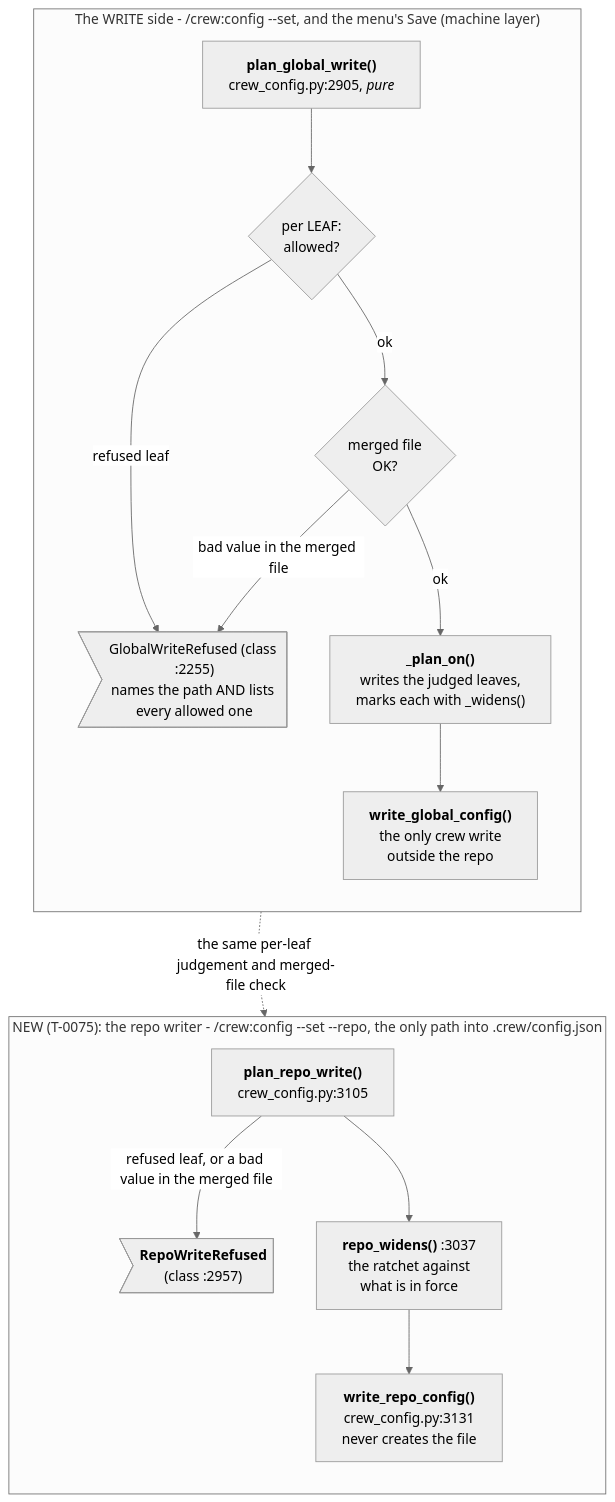
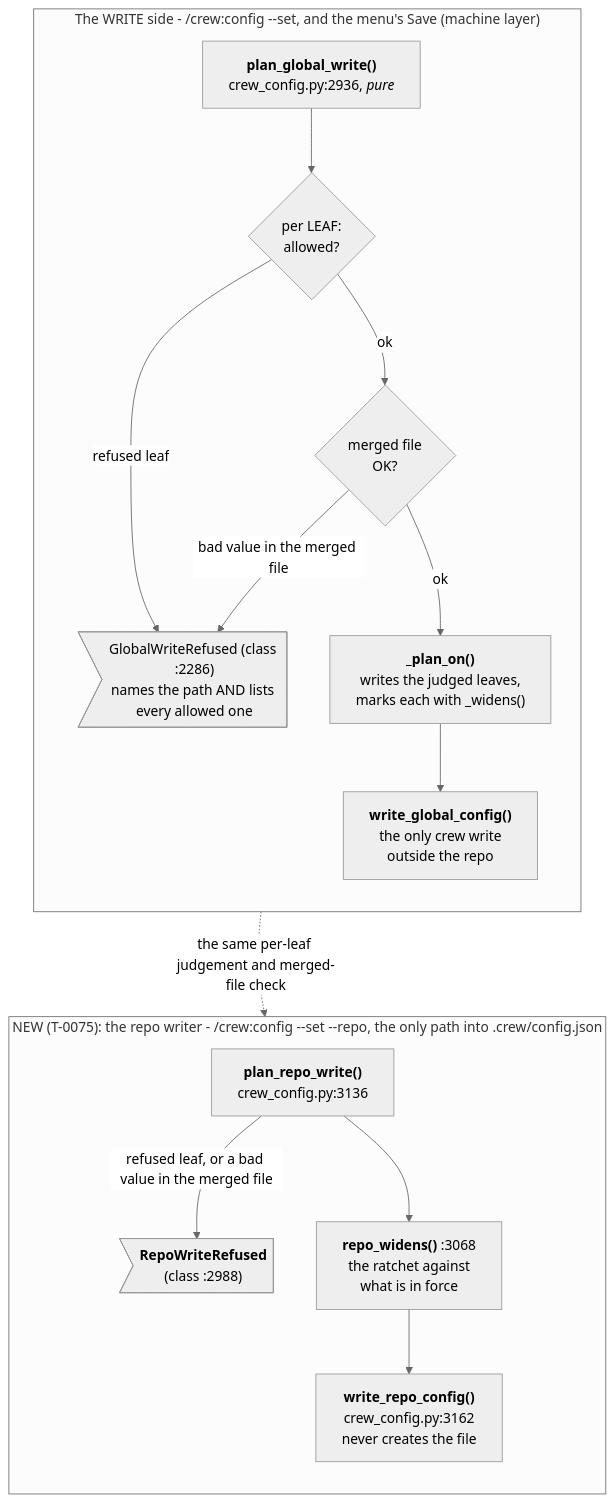
The diagram in docs/diagrams/data-flow-crew-config-write.mmd (mbadali25/useful-claude-add-ons), drawn with Mermaid (neutral theme) before and after one commit. The commit also changed 9 other files, not shown here.

First line of the commit message:
T-0066: re-point config diagram cites, CONFIG.md measured counts 73/131/58, since-claims to 1.0.330

```diff
--- a/docs/diagrams/data-flow-crew-config-write.mmd
+++ b/docs/diagrams/data-flow-crew-config-write.mmd
@@ -1,63 +1,65 @@
 %% Generated from useful-claude-add-ons@452b30cc on 2026-10-02. Verify before trusting.
 %% Anchors: plugin/crew/hooks/scripts/crew_config.py
 %% Purpose: The two writers behind /crew:config --set: the machine-file planner and the repo-file planner, the per-leaf and merged-file checks both share, and where each refuses.
 %% Split from data-flow-crew-config.mmd (the overview); edges to other parts are drawn there.
-%% Note PLAN: plan_global_write() plugin/crew/hooks/scripts/crew_config.py:2922 <i>pure</i>; on
-%%    global_snapshot() :2856, which REFUSES an unparsable or non-object machine file instead of merging onto
+%% Re-pointed for T-0066 (crew 1.0.330, merging origin/main c9263465): every crew_config.py line cite re-read with
+%%    grep -n; the `git` block in both default functions moved everything below :245.
+%% Note PLAN: plan_global_write() plugin/crew/hooks/scripts/crew_config.py:2936 <i>pure</i>; on
+%%    global_snapshot() :2887, which REFUSES an unparsable or non-object machine file instead of merging onto
 %%    {} (absent = ABSENT)
-%% Note ISG: per LEAF: leaf_updates() :2643, value_allowed() :2759 MACHINE_REFUSED :2679 (consent keys, inside
-%%    a whole-block value too), is_global_path() :717, a block emptied or replaced, null_means() :2716 (an
-%%    enum key's null refused), enum_values() :2625; round 5: a path under a leaf or an object at a leaf
-%%    :2766-2776
-%% Note MERGED: merged_problems() :2818 - the FILE the write produces, every known leaf by _content_problem()
-%%    :2791: an enum value outside its values, a consent key (machine), an armed veto key (repo), a key under
-%%    or an object at a leaf :2804-2807 refuses an unrelated write (pre-existing), then validate_providers()
-%%    :178 on the merged file (qa.order a list, qa/dev.roles and each pin an object or null :206-237)
-%% Note WIDEN: _plan_on() :2872 writes assignments() :2662 - the judged leaves (a block's siblings survive;
+%% Note ISG: per LEAF: leaf_updates() :2674, value_allowed() :2790 MACHINE_REFUSED :2710 (consent keys, inside
+%%    a whole-block value too), is_global_path() :748, a block emptied or replaced, null_means() :2747 (an
+%%    enum key's null refused), enum_values() :2656; round 5: a path under a leaf or an object at a leaf
+%%    :2798-2807
+%% Note MERGED: merged_problems() :2849 - the FILE the write produces, every known leaf by _content_problem()
+%%    :2822: an enum value outside its values, a consent key (machine), an armed veto key (repo), a key under
+%%    or an object at a leaf :2835-2838 refuses an unrelated write (pre-existing), then validate_providers()
+%%    :179 on the merged file (qa.order a list, qa/dev.roles and each pin an object or null :208-241)
+%% Note WIDEN: _plan_on() :2903 writes assignments() :2693 - the judged leaves (a block's siblings survive;
 %%    one whole pin per role) - marking each leaf with _widens()
-%%    plugin/crew/hooks/scripts/crew_config.py:2343. RANK, not equality.
-%% Note WRITE: write_global_config() plugin/crew/hooks/scripts/crew_config.py:2941 the only function in crew
+%%    plugin/crew/hooks/scripts/crew_config.py:2357. RANK, not equality.
+%% Note WRITE: write_global_config() plugin/crew/hooks/scripts/crew_config.py:2955 the only function in crew
 %%    that writes outside the repo. Re-plans on the bytes read under the lock; --expect DIGEST|absent refuses
-%%    a changed file (GlobalWriteConflict :2259); any other OSError (directory, lock, write) is
-%%    GlobalWriteRefused :2947, exit 2
-%% Note RPLAN: plan_repo_write() plugin/crew/hooks/scripts/crew_config.py:3122 on repo_snapshot() :3093
-%%    (refuses a missing or malformed file rather than creating one) and machine_view() :3124 (the machine
+%%    a changed file (GlobalWriteConflict :2290); any other OSError (directory, lock, write) is
+%%    GlobalWriteRefused :2979, exit 2
+%% Note RPLAN: plan_repo_write() plugin/crew/hooks/scripts/crew_config.py:3136 on repo_snapshot() :3124
+%%    (refuses a missing or malformed file rather than creating one) and machine_view() :3155 (the machine
 %%    file and its digest, one read)
-%% Note RREF: RepoWriteRefused (class :2957) REPO_REFUSED :2972 - platform, schema, scope.mode,
+%% Note RREF: RepoWriteRefused (class :2988) REPO_REFUSED :3003 - platform, schema, scope.mode,
 %%    scope.allowCliApproval, the machine-only autoClear paths; a block emptied or replaced is refused
-%%    (is_repo_path :3029); REPO_VETO_ONLY :2993 takes only false / null (by identity, is_repo_veto :2996)
-%% Note RWIDEN: repo_widens() :3037 - the ratchet against what is in force, plus _REPO_WIDENING :3006; a repo
+%%    (is_repo_path :3060); REPO_VETO_ONLY :3024 takes only false / null (by identity, is_repo_veto :3027)
+%% Note RWIDEN: repo_widens() :3068 - the ratchet against what is in force, plus _REPO_WIDENING :3037; a repo
 %%    value held down by the machine layer is named, not marked as a widening
-%% Note RWRITE: write_repo_config() plugin/crew/hooks/scripts/crew_config.py:3148 the same compare-and-swap
-%%    (RepoWriteConflict :2961), and --expect-global binds the machine file under its lock; never creates the
-%%    file; an OSError is RepoWriteRefused :3162, exit 2
+%% Note RWRITE: write_repo_config() plugin/crew/hooks/scripts/crew_config.py:3162 the same compare-and-swap
+%%    (RepoWriteConflict :2992), and --expect-global binds the machine file under its lock; never creates the
+%%    file; an OSError is RepoWriteRefused :3194, exit 2
 flowchart TB
 
     subgraph Write["The WRITE side - /crew:config --set, and the menu's Save (machine layer)"]
         direction TB
-        PLAN["<b>plan_global_write()</b><br/>crew_config.py:2905, <i>pure</i>"]
+        PLAN["<b>plan_global_write()</b><br/>crew_config.py:2936, <i>pure</i>"]
         ISG{"per LEAF:<br/>allowed?"}
-        REFUSE>"GlobalWriteRefused (class :2255)<br/>names the path AND lists every allowed one"]
+        REFUSE>"GlobalWriteRefused (class :2286)<br/>names the path AND lists every allowed one"]
         MERGED{"merged file<br/>OK?"}
         WIDEN["<b>_plan_on()</b><br/>writes the judged leaves,<br/>marks each with _widens()"]
         WRITE["<b>write_global_config()</b><br/>the only crew write<br/>outside the repo"]
     end
 
     PLAN --> ISG
     ISG -->|"refused leaf"| REFUSE
     ISG -->|ok| MERGED
     MERGED -->|"bad value in the merged file"| REFUSE
     MERGED -->|ok| WIDEN
     WIDEN --> WRITE
     subgraph RepoWrite["NEW (T-0075): the repo writer - /crew:config --set --repo, the only path into .crew/config.json"]
         direction TB
-        RPLAN["<b>plan_repo_write()</b><br/>crew_config.py:3105"]
-        RREF>"<b>RepoWriteRefused</b><br/>(class :2957)"]
-        RWIDEN["<b>repo_widens()</b> :3037<br/>the ratchet against<br/>what is in force"]
-        RWRITE["<b>write_repo_config()</b><br/>crew_config.py:3131<br/>never creates the file"]
+        RPLAN["<b>plan_repo_write()</b><br/>crew_config.py:3136"]
+        RREF>"<b>RepoWriteRefused</b><br/>(class :2988)"]
+        RWIDEN["<b>repo_widens()</b> :3068<br/>the ratchet against<br/>what is in force"]
+        RWRITE["<b>write_repo_config()</b><br/>crew_config.py:3162<br/>never creates the file"]
         RPLAN -->|"refused leaf, or a bad value in the merged file"| RREF
         RPLAN --> RWIDEN --> RWRITE
     end
     ISG -.->|"the same per-leaf judgement and merged-file check"| RPLAN
     %% Layout only, not a data flow: an invisible link that keeps ISG's dashed edge to RPLAN clear of MERGED.
     MERGED ~~~ RPLAN
```
